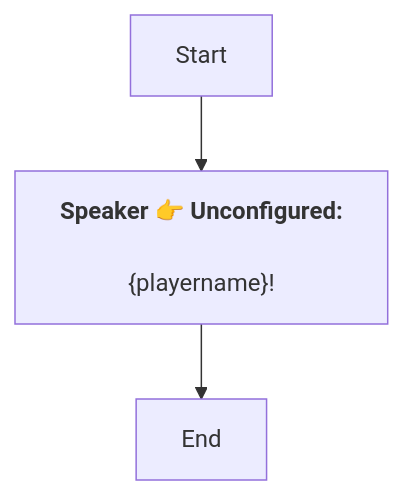
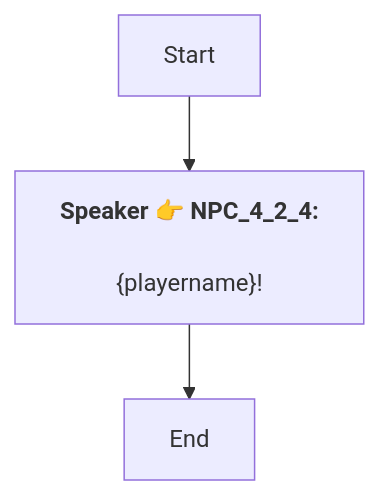
One commit to SoftHu/tos_avg changed the diagram in En/Dialog_55283476474852.md. Above: the diagram before and after it, drawn with Mermaid. The commit also changed 737 other files, not shown here.

````diff
--- a/En/Dialog_55283476474852.md
+++ b/En/Dialog_55283476474852.md
@@ -1,8 +1,7 @@
 ```mermaid
 graph
-Start -->1769071334958115[<b>Speaker 👉 Unconfigured:</b>
-
-&lbrace;playername&rbrace;!]
+Start -->1769071334958115[<b>Speaker 👉 NPC_4_2_4:</b>
+\n&lbrace;playername&rbrace;!]
 1769071334958115 -->1769071338862628[End]
 
- ```
+```
````
